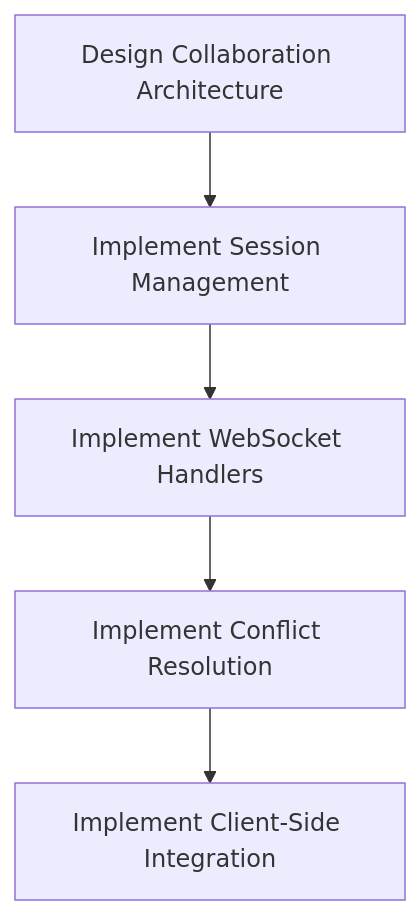
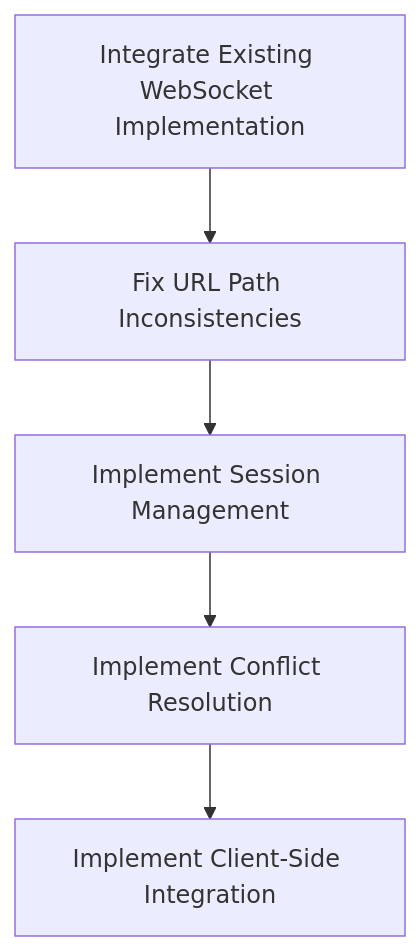
The second of 5 diagrams in api-implementation-next-steps.md (ericfitz/tmi), drawn with Mermaid before and after one commit. The commit also changed other lines of this file and 1 other file, not shown here.

Commit message:
Updating API implementation plan

````diff
--- a/api-implementation-next-steps.md
+++ b/api-implementation-next-steps.md
@@ -91,7 +32,7 @@
 ```mermaid
 graph TD
-    A[Design Collaboration Architecture] --> B[Implement Session Management]
-    B --> C[Implement WebSocket Handlers]
+    A[Integrate Existing WebSocket Implementation] --> B[Fix URL Path Inconsistencies]
+    B --> C[Implement Session Management]
     C --> D[Implement Conflict Resolution]
     D --> E[Implement Client-Side Integration]
 ```
````
